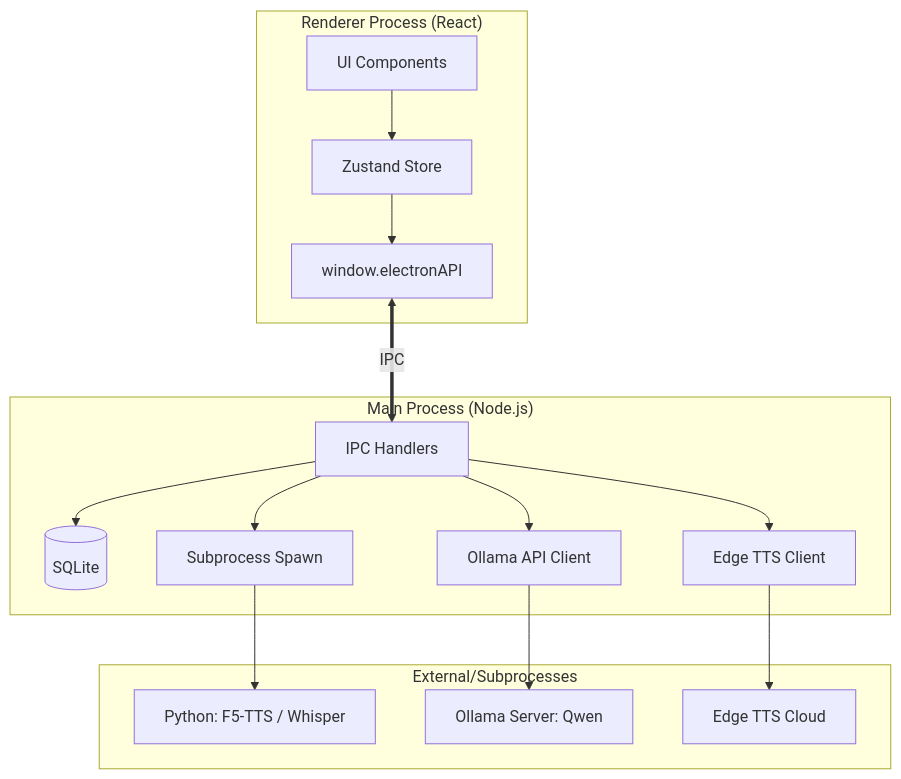
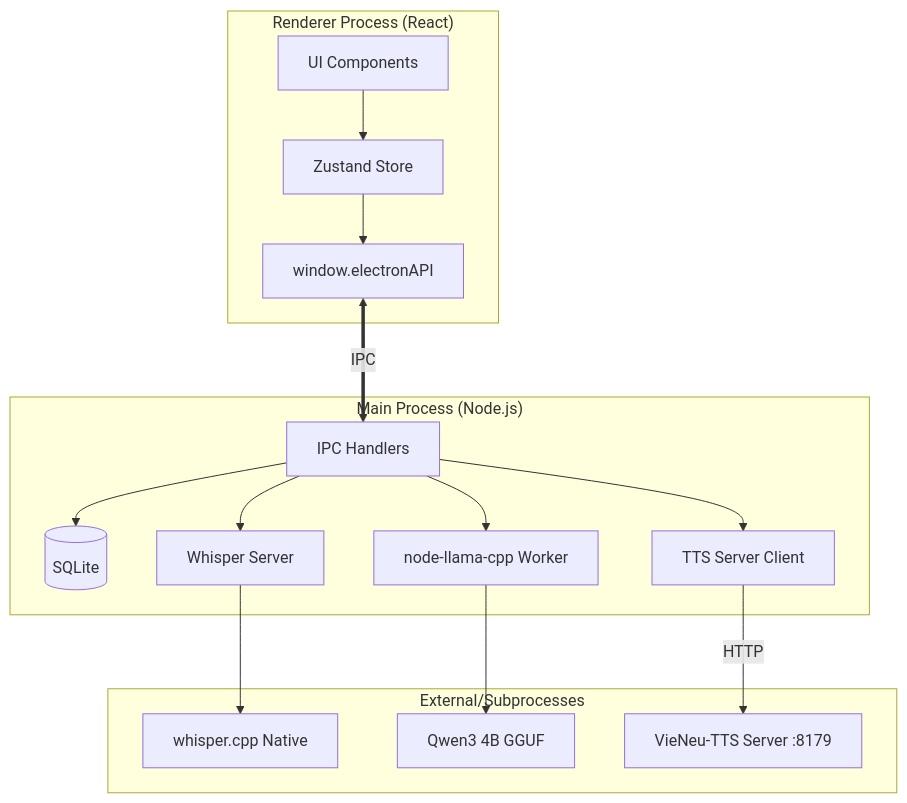
One commit to trihai306/bankAI changed the diagram in docs/system-architecture.md. Above: the diagram before and after it, drawn with Mermaid. The commit also changed other lines of this file and 328 other files, not shown here.

````diff
--- a/docs/system-architecture.md
+++ b/docs/system-architecture.md
@@ -5,33 +5,33 @@
 ```mermaid
 graph TD
     subgraph "Renderer Process (React)"
         UI[UI Components]
         Store[Zustand Store]
         API[window.electronAPI]
     end
 
     subgraph "Main Process (Node.js)"
         IPC[IPC Handlers]
         DB[(SQLite)]
-        Sub[Subprocess Spawn]
-        Edge[Edge TTS Client]
-        Ollama[Ollama API Client]
+        WhisperSrv[Whisper Server]
+        LLM[node-llama-cpp Worker]
+        TTSClient[TTS Server Client]
     end
 
     subgraph "External/Subprocesses"
-        Python[Python: F5-TTS / Whisper]
-        OL[Ollama Server: Qwen]
-        Cloud[Edge TTS Cloud]
+        WhisperCpp[whisper.cpp Native]
+        Qwen[Qwen3 4B GGUF]
+        VieNeu[VieNeu-TTS Server :8179]
     end
 
     UI --> Store
     Store --> API
     API <== IPC ==> IPC
     IPC --> DB
-    IPC --> Sub
-    IPC --> Edge
-    IPC --> Ollama
-    Sub --> Python
-    Edge --> Cloud
-    Ollama --> OL
+    IPC --> WhisperSrv
+    IPC --> LLM
+    IPC --> TTSClient
+    WhisperSrv --> WhisperCpp
+    LLM --> Qwen
+    TTSClient -->|HTTP| VieNeu
 ```
````
